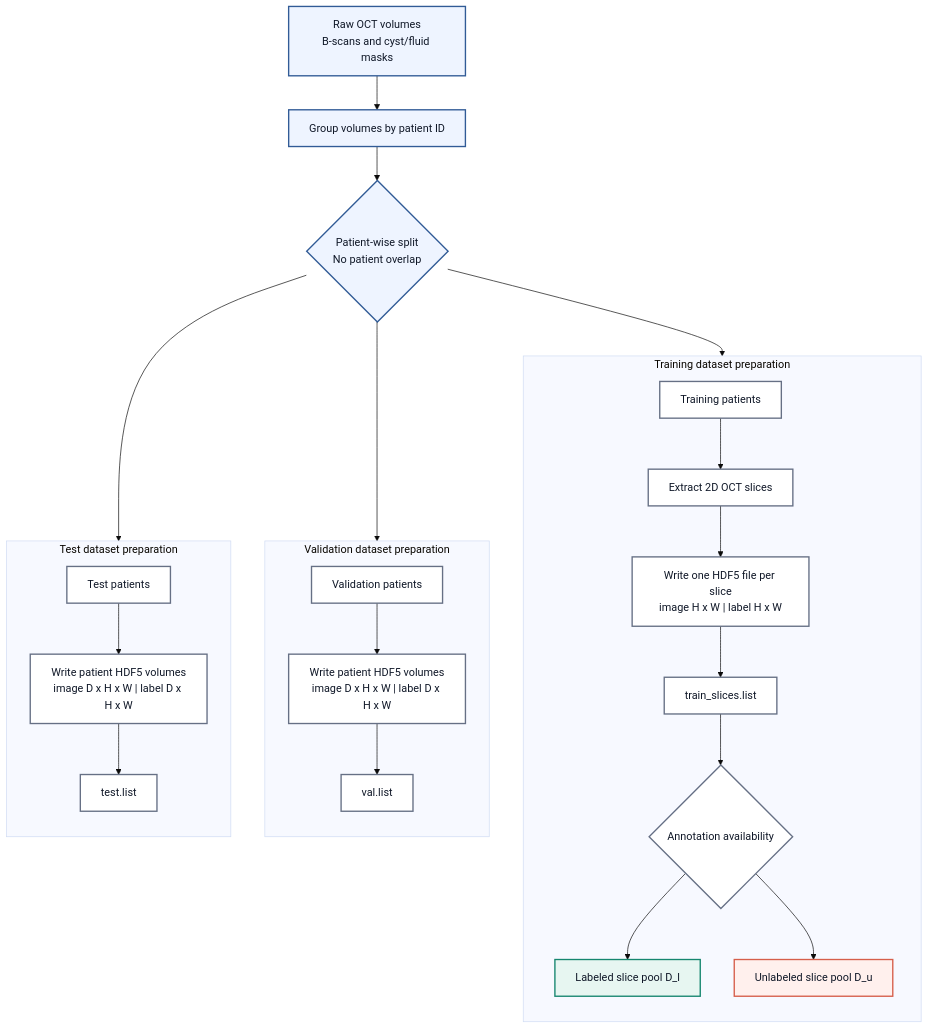
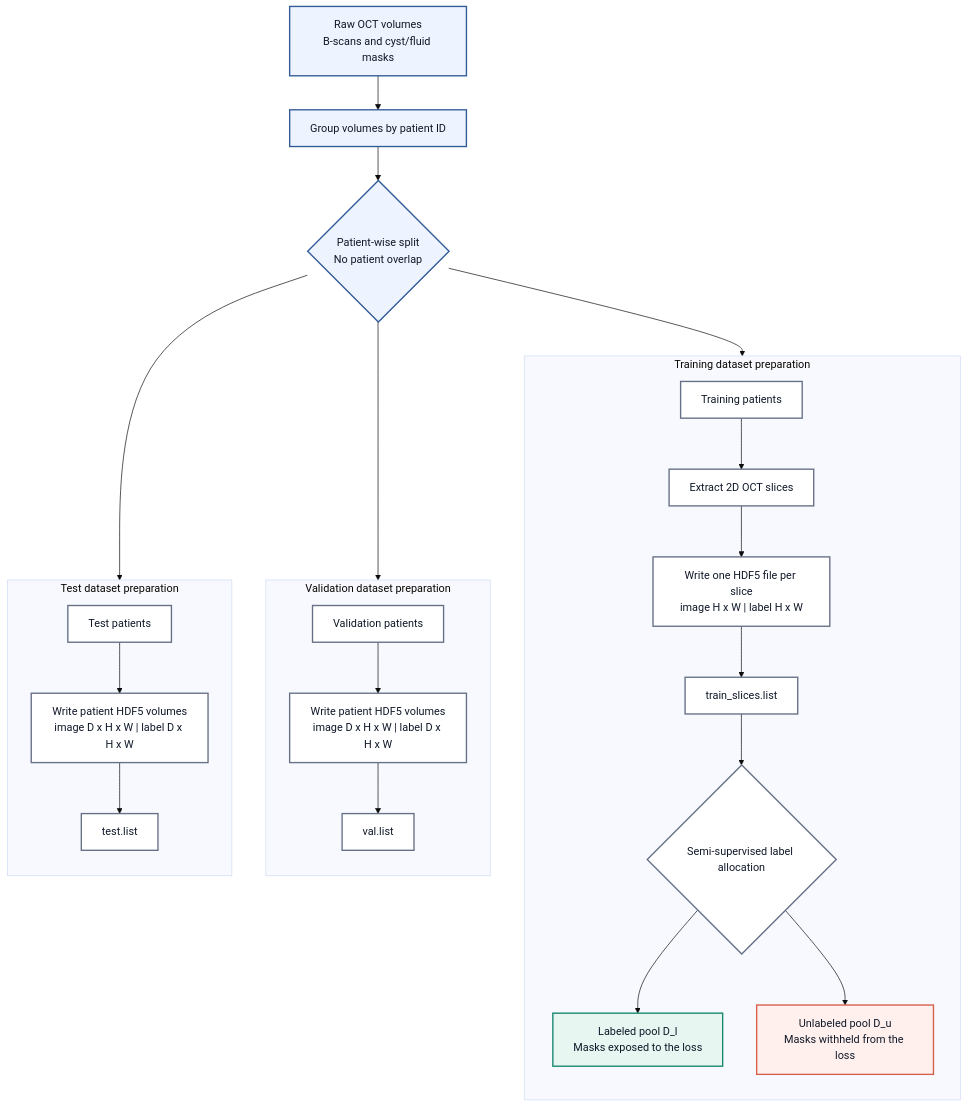
One commit to Hayyan-Arshad/Semi-Supervised_Intraretinal_Cyst_Segmentation_via_Mutual_Learning changed the first of 4 diagrams in docs/ARCHITECTURE.md. Above: the diagram before and after it, drawn with Mermaid (base theme). The commit also changed other lines of this file, not shown here.

Commit message:
Refine scientific architecture presentation

````diff
--- a/docs/ARCHITECTURE.md
+++ b/docs/ARCHITECTURE.md
@@ -1,40 +9,40 @@
 ```mermaid
 flowchart TB
     RAW["Raw OCT volumes<br/>B-scans and cyst/fluid masks"] --> PID["Group volumes by patient ID"]
     PID --> SPLIT{"Patient-wise split<br/>No patient overlap"}
 
     SPLIT --> TRAIN["Training patients"]
     SPLIT --> VAL["Validation patients"]
     SPLIT --> TEST["Test patients"]
 
     subgraph TRAIN_DATA["Training dataset preparation"]
         direction TB
         TRAIN --> TSLICES["Extract 2D OCT slices"]
         TSLICES --> TH5["Write one HDF5 file per slice<br/>image H x W | label H x W"]
         TH5 --> TLIST["train_slices.list"]
-        TLIST --> LABEL_SPLIT{"Annotation availability"}
-        LABEL_SPLIT --> LABELED["Labeled slice pool D_l"]
-        LABEL_SPLIT --> UNLABELED["Unlabeled slice pool D_u"]
+        TLIST --> LABEL_SPLIT{"Semi-supervised label allocation"}
+        LABEL_SPLIT --> LABELED["Labeled pool D_l<br/>Masks exposed to the loss"]
+        LABEL_SPLIT --> UNLABELED["Unlabeled pool D_u<br/>Masks withheld from the loss"]
     end
 
     subgraph VAL_DATA["Validation dataset preparation"]
         direction TB
         VAL --> VH5["Write patient HDF5 volumes<br/>image D x H x W | label D x H x W"]
         VH5 --> VLIST["val.list"]
     end
 
     subgraph TEST_DATA["Test dataset preparation"]
         direction TB
         TEST --> EH5["Write patient HDF5 volumes<br/>image D x H x W | label D x H x W"]
         EH5 --> ELIST["test.list"]
     end
 
     classDef source fill:#eef4ff,stroke:#315b96,stroke-width:2px,color:#101828;
     classDef process fill:#ffffff,stroke:#667085,stroke-width:2px,color:#101828;
     classDef labeled fill:#e7f6f1,stroke:#16866f,stroke-width:2px,color:#101828;
     classDef unlabeled fill:#fff0ed,stroke:#d65f4b,stroke-width:2px,color:#101828;
     class RAW,PID,SPLIT source;
     class TRAIN,VAL,TEST,TSLICES,TH5,TLIST,LABEL_SPLIT,VH5,VLIST,EH5,ELIST process;
     class LABELED labeled;
     class UNLABELED unlabeled;
 ```
````
